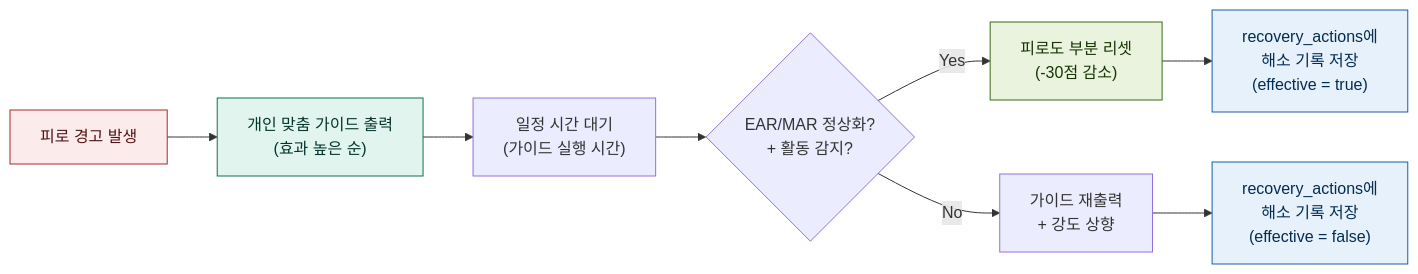
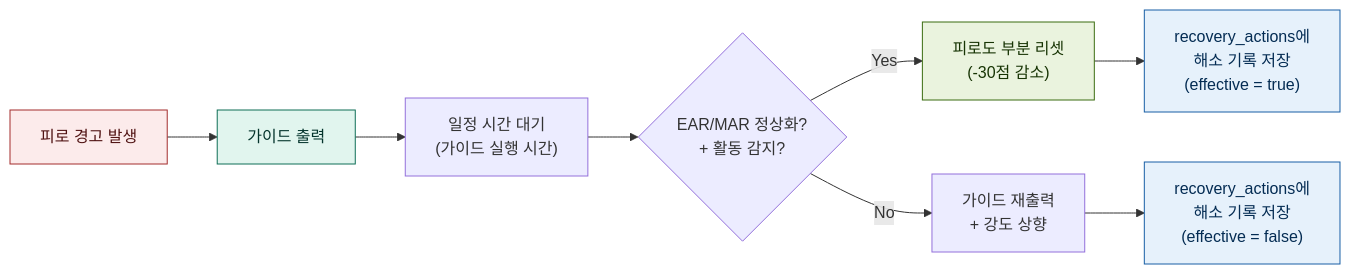
One commit to pgh165/capstone changed the seventh of 11 diagrams in project.md. Above: the diagram before and after it, drawn with Mermaid. The commit also changed other lines of this file and 13 other files, not shown here.

````diff
--- a/project.md
+++ b/project.md
@@ -671,16 +516,16 @@
 ```mermaid
 flowchart LR
-    ALERT["피로 경고 발생"] --> GUIDE["개인 맞춤 가이드 출력<br/>(효과 높은 순)"]
+    ALERT["피로 경고 발생"] --> GUIDE["가이드 출력"]
     GUIDE --> WAIT["일정 시간 대기<br/>(가이드 실행 시간)"]
     WAIT --> CHECK{"EAR/MAR 정상화?<br/>+ 활동 감지?"}
     CHECK -- Yes --> RESET["피로도 부분 리셋<br/>(-30점 감소)"]
     CHECK -- No --> REPEAT["가이드 재출력<br/>+ 강도 상향"]
     RESET --> LOG["recovery_actions에<br/>해소 기록 저장<br/>(effective = true)"]
     REPEAT --> LOG2["recovery_actions에<br/>해소 기록 저장<br/>(effective = false)"]
 
     style ALERT fill:#FCEBEB,stroke:#A32D2D,color:#501313
     style GUIDE fill:#E1F5EE,stroke:#0F6E56,color:#04342C
     style RESET fill:#EAF3DE,stroke:#3B6D11,color:#173404
     style LOG fill:#E6F1FB,stroke:#185FA5,color:#042C53
     style LOG2 fill:#E6F1FB,stroke:#185FA5,color:#042C53
 ```
````
